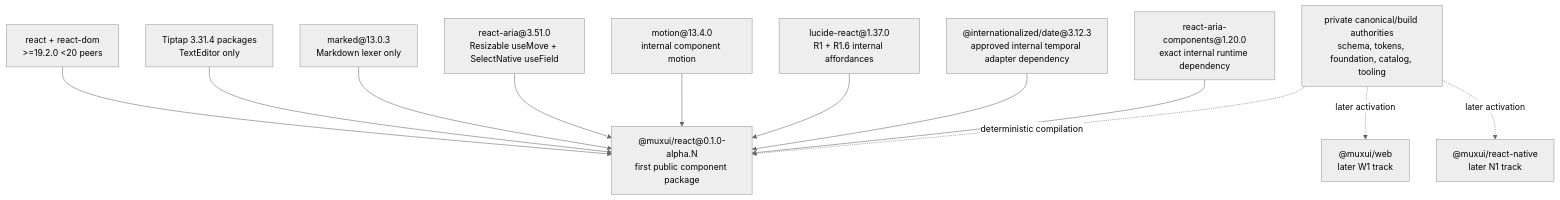
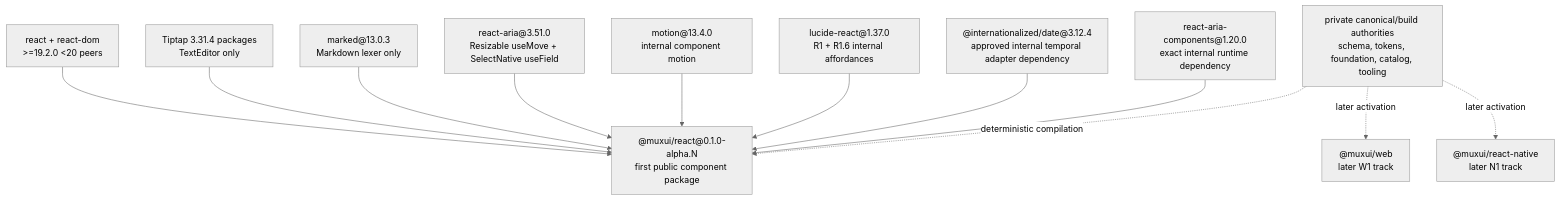
One commit to ndrewtran/muxui changed the second of 2 diagrams in strategy/monorepo-architecture.md. Above: the diagram before and after it, drawn with Mermaid (neutral theme). The commit also changed other lines of this file and 17 other files, not shown here.

First line of the commit message:
fix(release): set the copyright year to 2026 and pin @internationalized/date to 3.12.4 (#207)

````diff
--- a/strategy/monorepo-architecture.md
+++ b/strategy/monorepo-architecture.md
@@ -1179,27 +1180,27 @@
 ```mermaid
 flowchart TD
   canonical["private canonical/build authorities\nschema, tokens, foundation, catalog, tooling"]
   react["@muxui/react@0.1.0-alpha.N\nfirst public component package"]
   aria["react-aria-components@1.20.0\nexact internal runtime dependency"]
-  temporal["@internationalized/date@3.12.3\napproved internal temporal adapter dependency"]
+  temporal["@internationalized/date@3.12.4\napproved internal temporal adapter dependency"]
   lucide["lucide-react@1.37.0\nR1 + R1.6 internal affordances"]
   motion["motion@13.4.0\ninternal component motion"]
   resizable["react-aria@3.51.0\nResizable useMove + SelectNative useField"]
   markdown["marked@13.0.3\nMarkdown lexer only"]
   editor["Tiptap 3.31.4 packages\nTextEditor only"]
   peers["react + react-dom\n>=19.2.0 <20 peers"]
   web["@muxui/web\nlater W1 track"]
   native["@muxui/react-native\nlater N1 track"]
 
   canonical -. deterministic compilation .-> react
   aria --> react
   temporal --> react
   lucide --> react
   motion --> react
   resizable --> react
   markdown --> react
   editor --> react
   peers --> react
   canonical -. later activation .-> web
   canonical -. later activation .-> native
 ```
````
